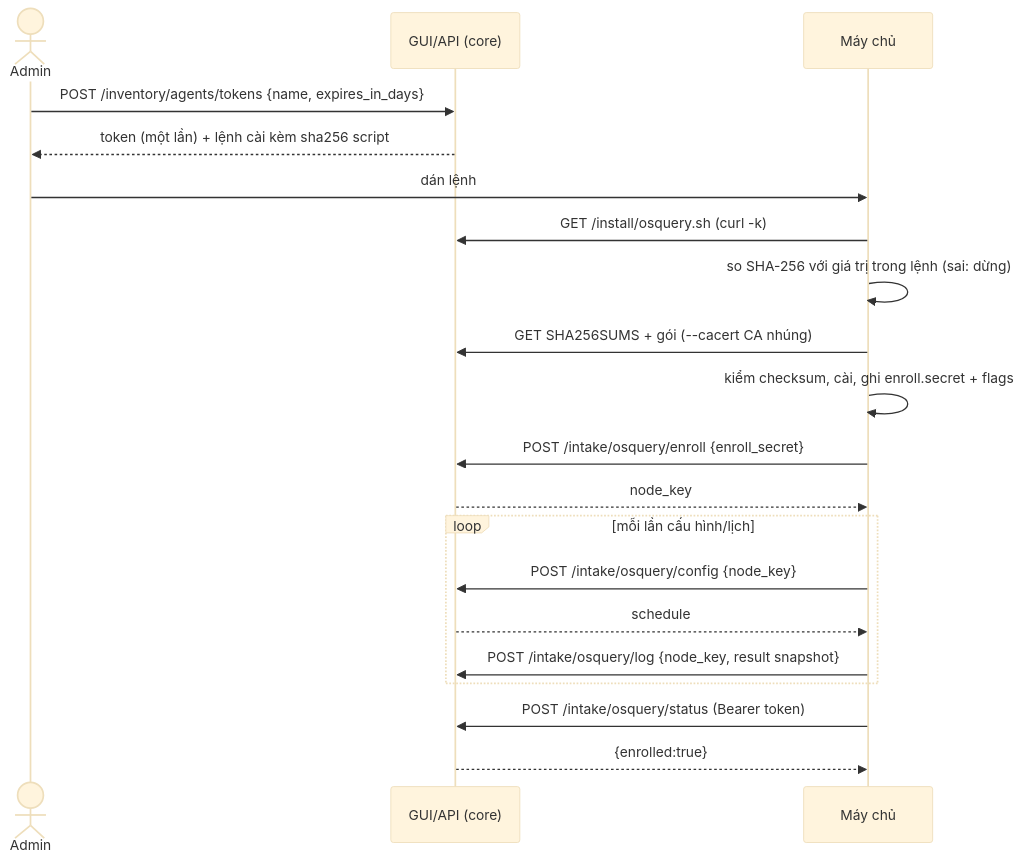
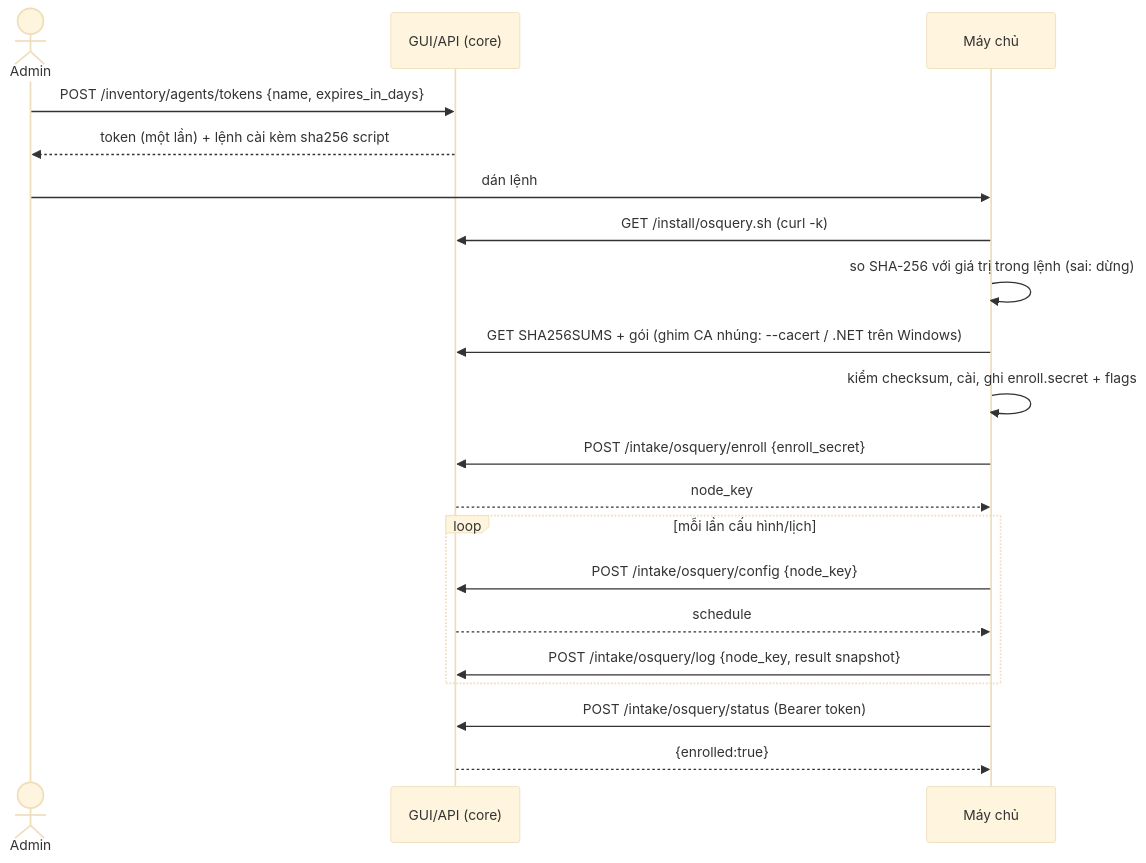
One commit to KNT048/vedette changed the diagram in docs/specs/osquery-intake.md. Above: the diagram before and after it, drawn with Mermaid (base theme). The commit also changed other lines of this file and 11 other files, not shown here.

First line of the commit message:
fix(agent-intake): the Windows install script reaches the box with .NET pinned to its embedded CA, not curl.exe (D-596)

````diff
--- a/docs/specs/osquery-intake.md
+++ b/docs/specs/osquery-intake.md
@@ -138,22 +138,22 @@
 ```mermaid
 sequenceDiagram
     actor A as Admin
     participant G as GUI/API (core)
     participant M as Máy chủ
     A->>G: POST /inventory/agents/tokens {name, expires_in_days}
     G-->>A: token (một lần) + lệnh cài kèm sha256 script
     A->>M: dán lệnh
     M->>G: GET /install/osquery.sh (curl -k)
     M->>M: so SHA-256 với giá trị trong lệnh (sai: dừng)
-    M->>G: GET SHA256SUMS + gói (--cacert CA nhúng)
+    M->>G: GET SHA256SUMS + gói (ghim CA nhúng: --cacert / .NET trên Windows)
     M->>M: kiểm checksum, cài, ghi enroll.secret + flags
     M->>G: POST /intake/osquery/enroll {enroll_secret}
     G-->>M: node_key
     loop mỗi lần cấu hình/lịch
         M->>G: POST /intake/osquery/config {node_key}
         G-->>M: schedule
         M->>G: POST /intake/osquery/log {node_key, result snapshot}
     end
     M->>G: POST /intake/osquery/status (Bearer token)
     G-->>M: {enrolled:true}
 ```
````
